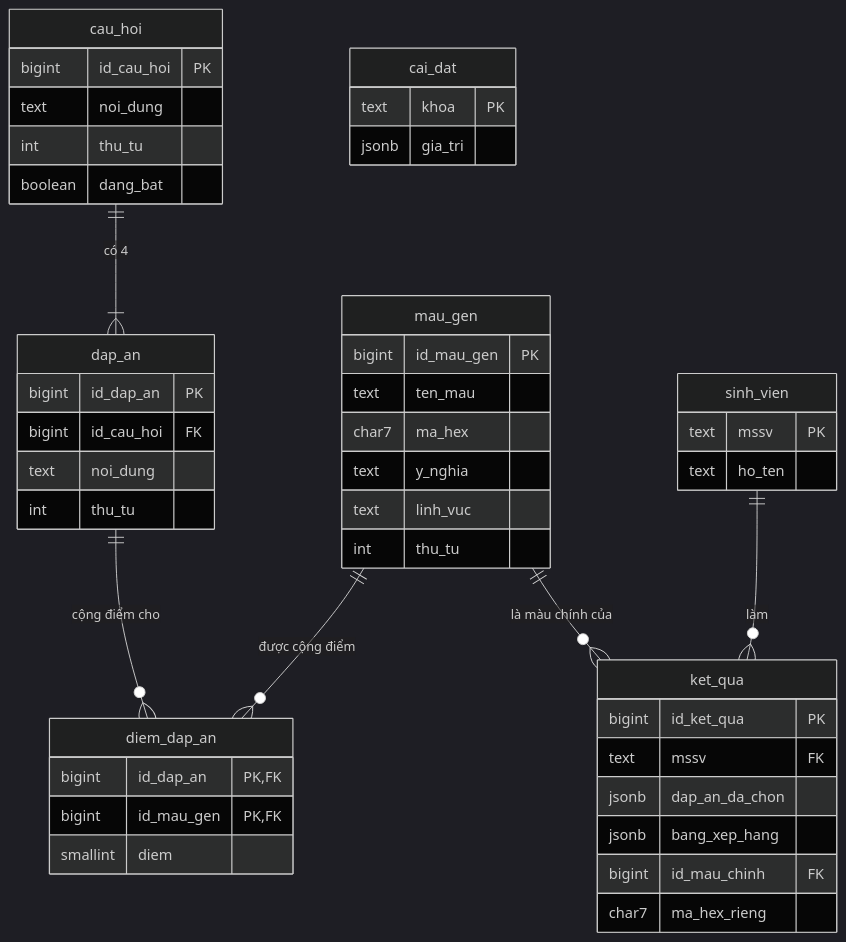
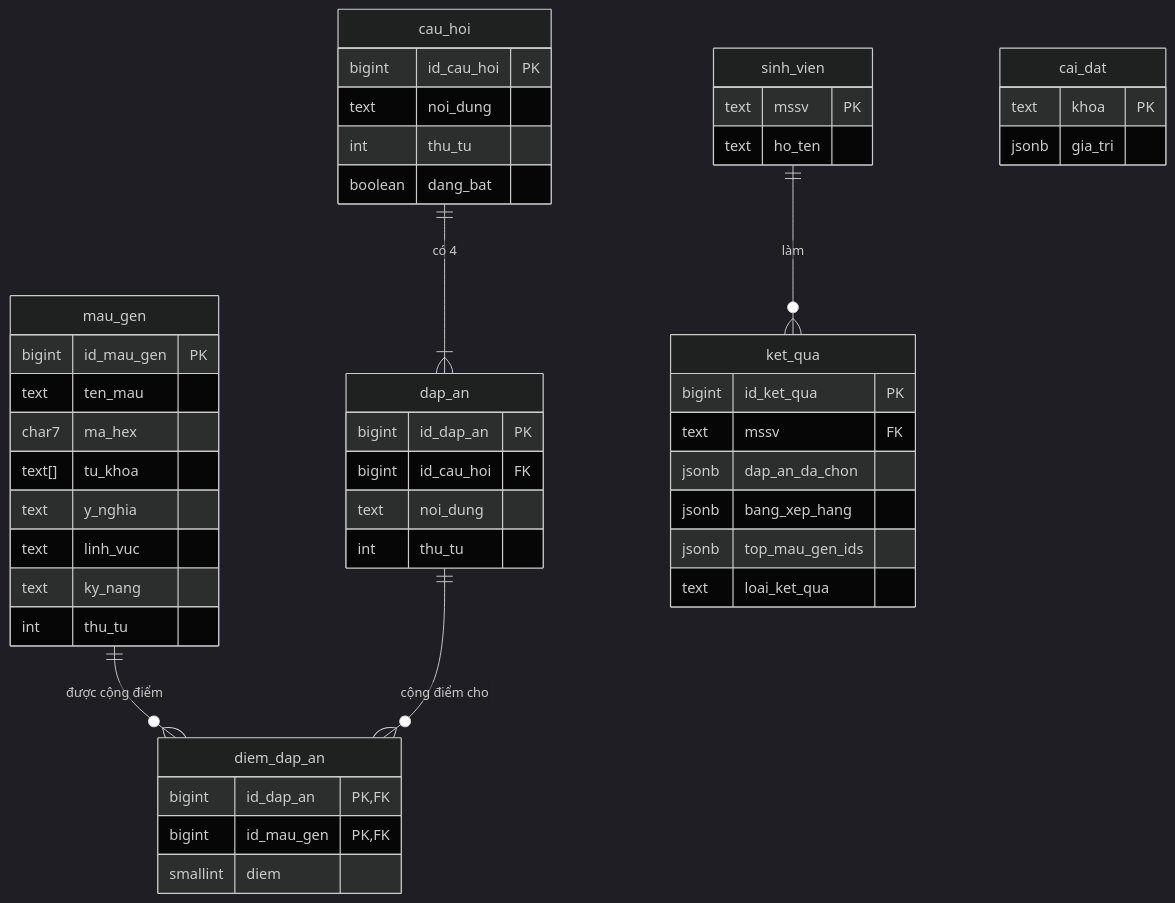
One commit to huuluan186/ir-dna-find-your-color changed the diagram in .ai/system/thiet_ke_csdl.md. Above: the diagram before and after it, drawn with Mermaid (dark theme). The commit also changed other lines of this file and 1 other file, not shown here.

````diff
--- a/.ai/system/thiet_ke_csdl.md
+++ b/.ai/system/thiet_ke_csdl.md
@@ -21,50 +21,51 @@
 ```mermaid
 erDiagram
 	mau_gen ||--o{ diem_dap_an : "được cộng điểm"
 	cau_hoi ||--|{ dap_an : "có 4"
 	dap_an ||--o{ diem_dap_an : "cộng điểm cho"
 	sinh_vien ||--o{ ket_qua : "làm"
-	mau_gen ||--o{ ket_qua : "là màu chính của"
 
 	mau_gen {
 		bigint id_mau_gen PK
 		text ten_mau
 		char7 ma_hex
+		text[] tu_khoa
 		text y_nghia
 		text linh_vuc
+		text ky_nang
 		int thu_tu
 	}
 	cau_hoi {
 		bigint id_cau_hoi PK
 		text noi_dung
 		int thu_tu
 		boolean dang_bat
 	}
 	dap_an {
 		bigint id_dap_an PK
 		bigint id_cau_hoi FK
 		text noi_dung
 		int thu_tu
 	}
 	diem_dap_an {
 		bigint id_dap_an PK,FK
 		bigint id_mau_gen PK,FK
 		smallint diem
 	}
 	sinh_vien {
 		text mssv PK
 		text ho_ten
 	}
 	ket_qua {
 		bigint id_ket_qua PK
 		text mssv FK
 		jsonb dap_an_da_chon
 		jsonb bang_xep_hang
-		bigint id_mau_chinh FK
-		char7 ma_hex_rieng
+		jsonb top_mau_gen_ids
+		text loai_ket_qua
 	}
 	cai_dat {
 		text khoa PK
 		jsonb gia_tri
 	}
 ```
````
